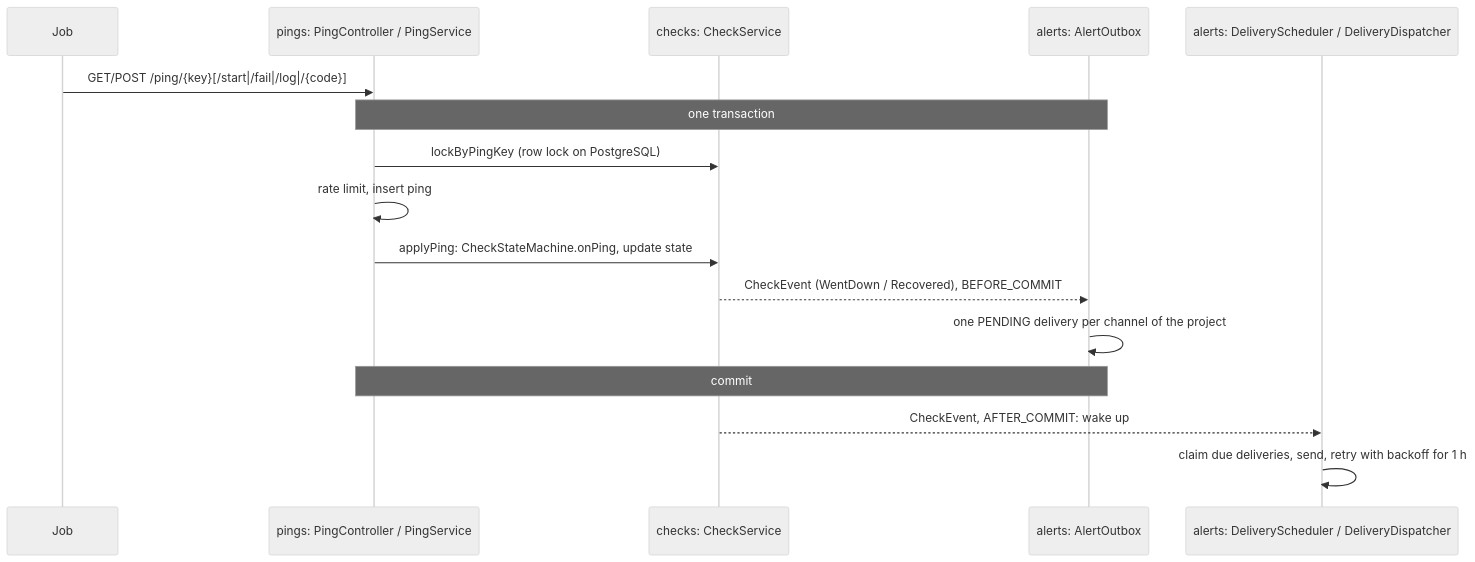
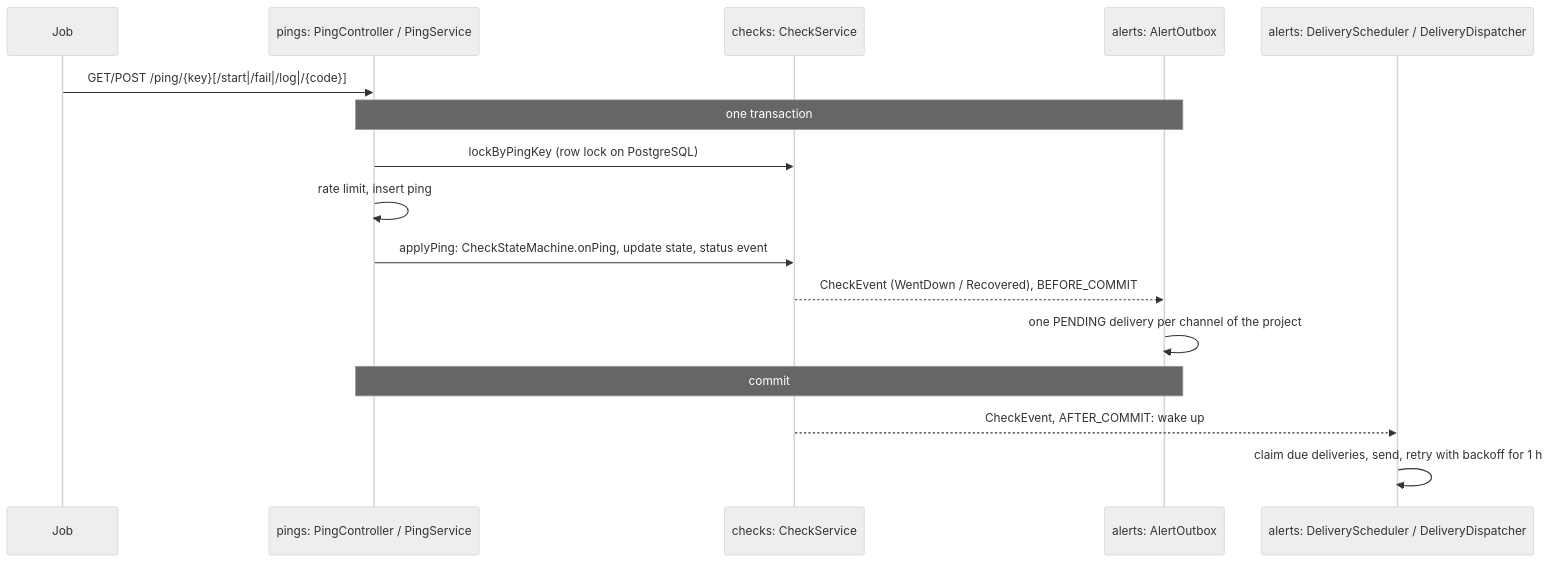
One commit to steelreed/cronbell changed the second of 2 diagrams in ARCHITECTURE.md. Above: the diagram before and after it, drawn with Mermaid (neutral theme). The commit also changed other lines of this file and 34 other files, not shown here.

First line of the commit message:
feat(server): status history, uptime and a daily status per check

````diff
--- a/ARCHITECTURE.md
+++ b/ARCHITECTURE.md
@@ -101,18 +106,18 @@
 ```mermaid
 sequenceDiagram
     participant Job
     participant Pings as pings: PingController / PingService
     participant Checks as checks: CheckService
     participant Alerts as alerts: AlertOutbox
     participant Dispatcher as alerts: DeliveryScheduler / DeliveryDispatcher
     Job->>Pings: GET/POST /ping/{key}[/start|/fail|/log|/{code}]
     Note over Pings,Alerts: one transaction
     Pings->>Checks: lockByPingKey (row lock on PostgreSQL)
     Pings->>Pings: rate limit, insert ping
-    Pings->>Checks: applyPing: CheckStateMachine.onPing, update state
+    Pings->>Checks: applyPing: CheckStateMachine.onPing, update state, status event
     Checks-->>Alerts: CheckEvent (WentDown / Recovered), BEFORE_COMMIT
     Alerts->>Alerts: one PENDING delivery per channel of the project
     Note over Pings,Alerts: commit
     Checks-->>Dispatcher: CheckEvent, AFTER_COMMIT: wake up
     Dispatcher->>Dispatcher: claim due deliveries, send, retry with backoff for 1 h
 ```
````
